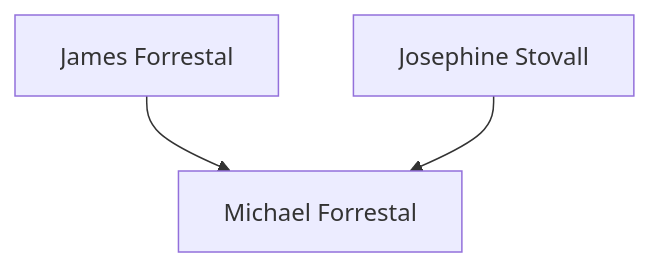
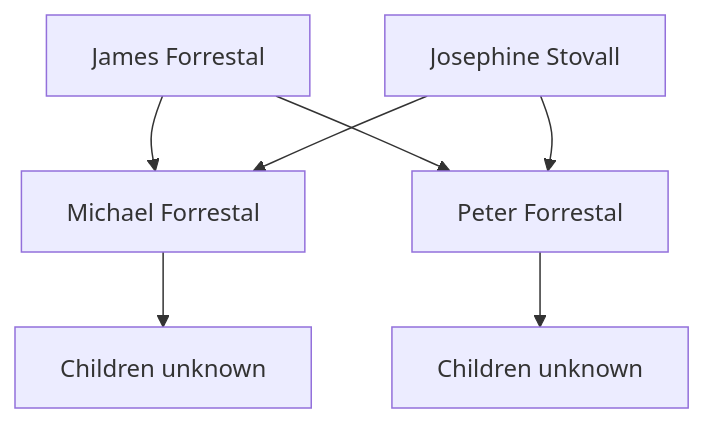
One commit to Black-Star-Institute/blackstar.github.io changed the diagram in docs/people/forrestal_james.md. Above: the diagram before and after it, drawn with Mermaid.

````diff
--- a/docs/people/forrestal_james.md
+++ b/docs/people/forrestal_james.md
@@ -13,5 +13,9 @@
 ```mermaid
 graph TD;
   james[James Forrestal] --> michael[Michael Forrestal]
   josephine[Josephine Stovall] --> michael
+  james --> peter[Peter Forrestal]
+  josephine --> peter
+  michael --> anon1[Children unknown]
+  peter --> anon2[Children unknown]
 ```
````
